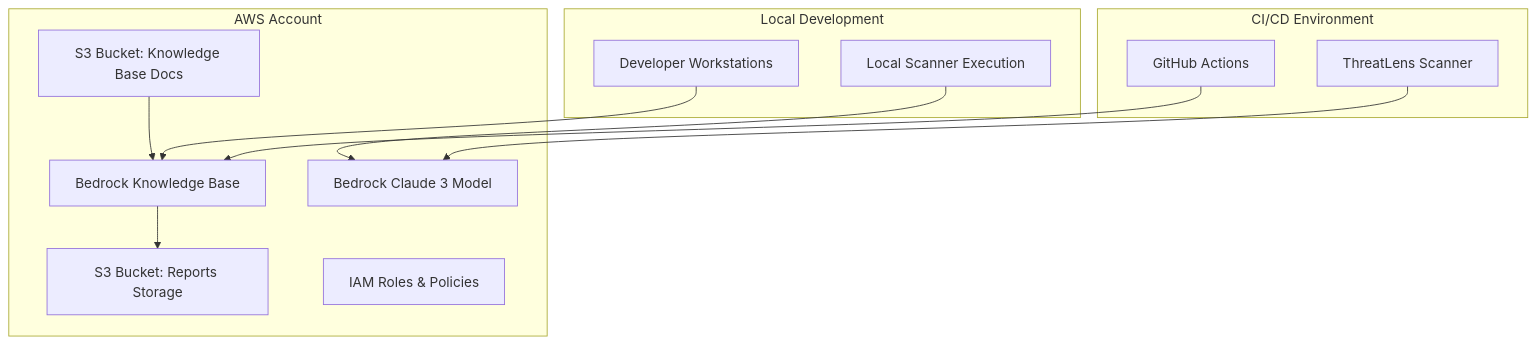
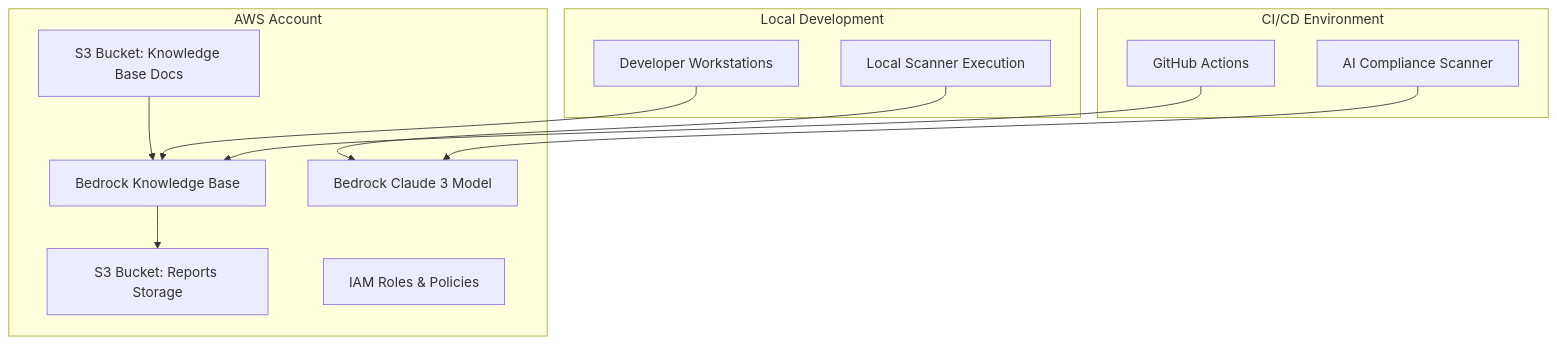
Before and after one commit to devops-captain/Ai-Ops-Ci-CD: the diagram in docs/deployment.md, drawn with Mermaid. The commit also changed other lines of this file and 12 other files, not shown here.

````diff
--- a/docs/deployment.md
+++ b/docs/deployment.md
@@ -23,27 +23,27 @@
 ```mermaid
 graph TB
     subgraph "AWS Account"
         A[S3 Bucket: Knowledge Base Docs]
         B[S3 Bucket: Reports Storage]
         C[Bedrock Knowledge Base]
         D[Bedrock Claude 3 Model]
         E[IAM Roles & Policies]
     end
     
     subgraph "CI/CD Environment"
         F[GitHub Actions]
-        G[ThreatLens Scanner]
+        G[AI Compliance Scanner]
     end
     
     subgraph "Local Development"
         H[Developer Workstations]
         I[Local Scanner Execution]
     end
     
     F --> C
     G --> D
     H --> C
     I --> D
     A --> C
     C --> B
 ```
````
